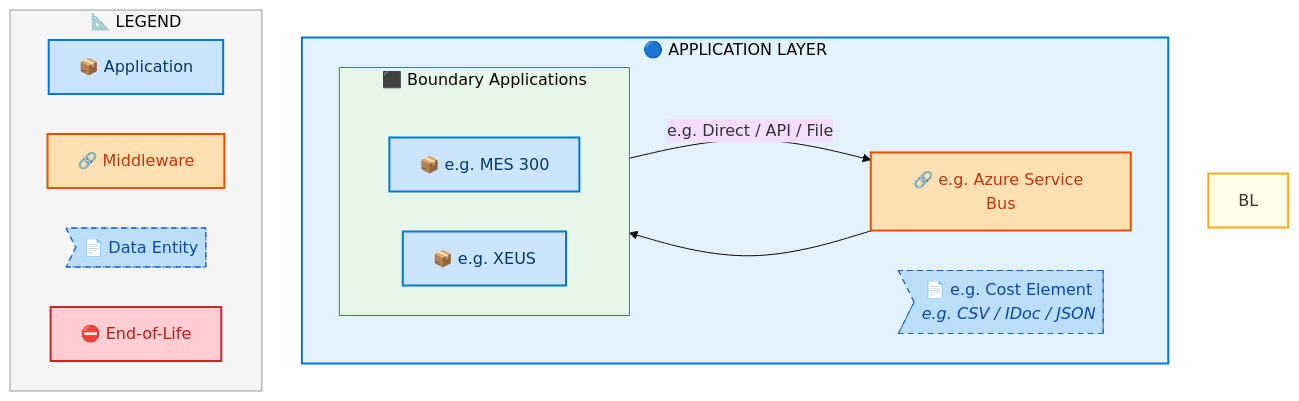
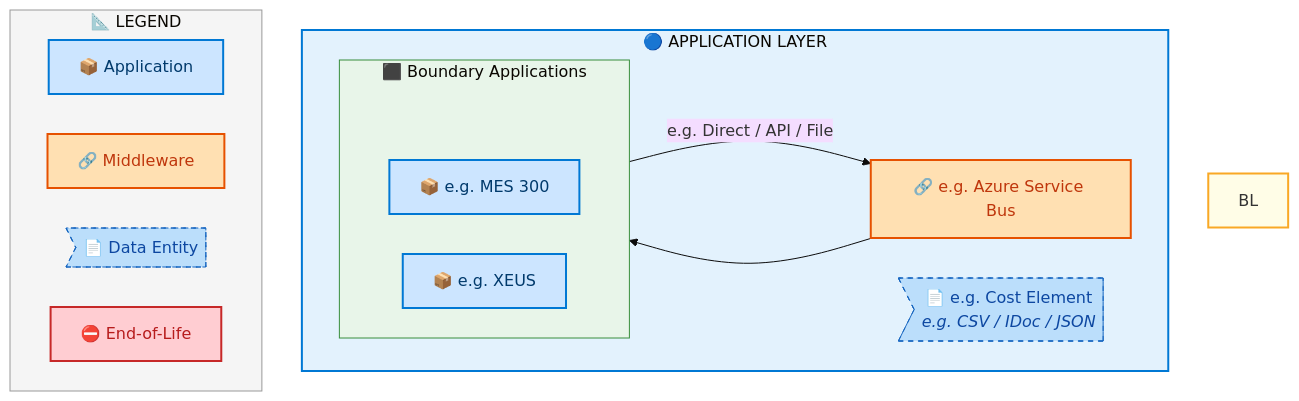
The eighth of 11 diagrams in towers/E2E/Forecast to Stock/E2E-45/output/docs/systems-architecture/E2E-45-Architecture.md (sajivfrancis777/IAO-Architecture), drawn with Mermaid before and after one commit. The commit also changed other lines of this file and 250 other files, not shown here.

First line of the commit message:
fix: Mermaid syntax error, TB layout for layer ordering, font styling

````diff
--- a/towers/E2E/Forecast to Stock/E2E-45/output/docs/systems-architecture/E2E-45-Architecture.md
+++ b/towers/E2E/Forecast to Stock/E2E-45/output/docs/systems-architecture/E2E-45-Architecture.md
@@ -843,44 +843,44 @@
 ```mermaid
 %%{init: {"theme": "base", "securityLevel": "loose", "themeVariables": {"fontSize": "16px", "fontFamily": "Segoe UI, Arial, sans-serif"}, "flowchart": {"useMaxWidth": false, "htmlLabels": true, "nodeSpacing": 40, "rankSpacing": 50}} }%%
 flowchart TB
     %% -- ArchiMate 3.2 + Azure style classes --
     classDef business      fill:#FFFFB3,stroke:#F9A825,stroke-width:2px,color:#000
     classDef app           fill:#CCE5FF,stroke:#0078D4,stroke-width:2px,color:#003A6C
     classDef data          fill:#BBDEFB,stroke:#1565C0,stroke-width:1px,color:#0D47A1,stroke-dasharray: 5 5
     classDef middleware    fill:#FFE0B2,stroke:#E65100,stroke-width:2px,color:#BF360C
     classDef eol           fill:#FFCDD2,stroke:#C62828,stroke-width:2px,color:#B71C1C
     classDef saas          fill:#E1BEE7,stroke:#7B1FA2,stroke-width:2px,color:#4A148C
     classDef cloud         fill:#BBDEFB,stroke:#1565C0,stroke-width:2px,color:#0D47A1
     classDef onprem        fill:#C8E6C9,stroke:#2E7D32,stroke-width:2px,color:#1B5E20
-    classDef rankAnchor    width:0px,height:0px,padding:0px,margin:0px,fill:none,stroke:none
+    classDef rankAnchor    fill:none,stroke:none,color:transparent,font-size:1px
 
     subgraph AL["🔵 APPLICATION LAYER"]
         direction LR
         subgraph E2E45CLN_Boundary_Applications[" ⬛ Boundary Applications"]
             direction LR
             E2E45C_ALRANK_0[ ]:::rankAnchor
             E2E45C_e_g_MES_300["📦 e.g. MES 300"]:::app
             E2E45C_e_g_XEUS["📦 e.g. XEUS"]:::app
         end
         E2E45CMW_e_g_Azure_Service_Bus["🔗 e.g. Azure Service Bus"]:::middleware
         E2E45CDE_e_g_Cost_Element>"📄 e.g. Cost Element<br/><i>e.g. CSV / IDoc / JSON</i>"]:::data
     end
 
     E2E45C_e_g_MES_300 -->|"e.g. Direct / API / File"| E2E45CMW_e_g_Azure_Service_Bus
     E2E45CMW_e_g_Azure_Service_Bus --> E2E45C_e_g_XEUS
 
 
     style BL fill:#FFFDE7,stroke:#F9A825,stroke-width:2px
     style AL fill:#E3F2FD,stroke:#0078D4,stroke-width:2px
 
     style E2E45CLN_Boundary_Applications fill:#E8F5E9,stroke:#388E3C,stroke-width:1px
 
     subgraph Legend["📐 LEGEND"]
         direction LR
         L_APP["📦 Application"]:::app
         L_MW["🔗 Middleware"]:::middleware
         L_DE>"📄 Data Entity"]:::data
         L_EOL["⛔ End-of-Life"]:::eol
     end
     style Legend fill:#F5F5F5,stroke:#999,stroke-width:1px
 ```
````
